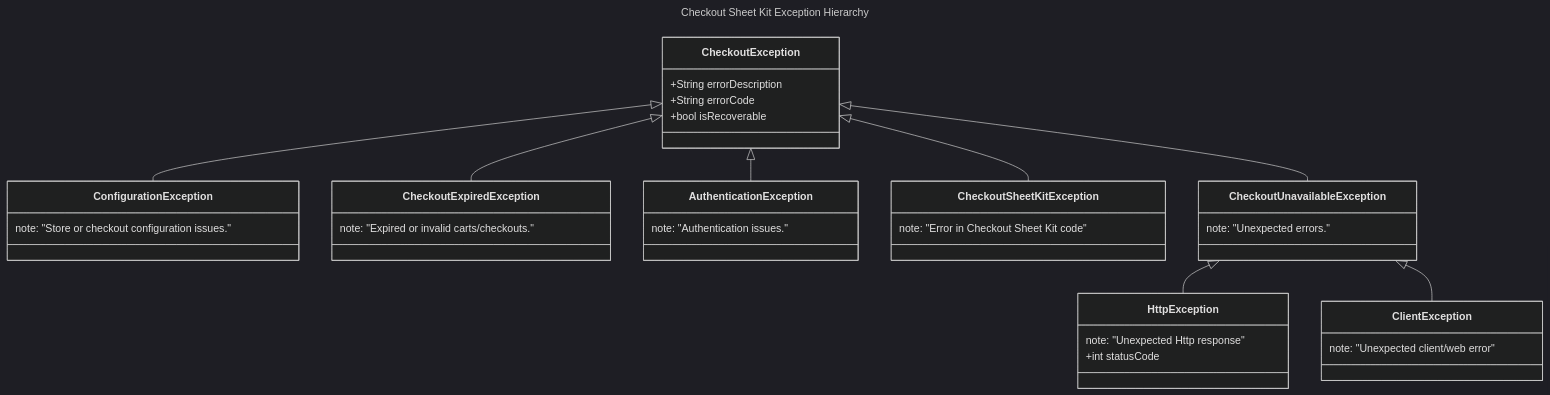
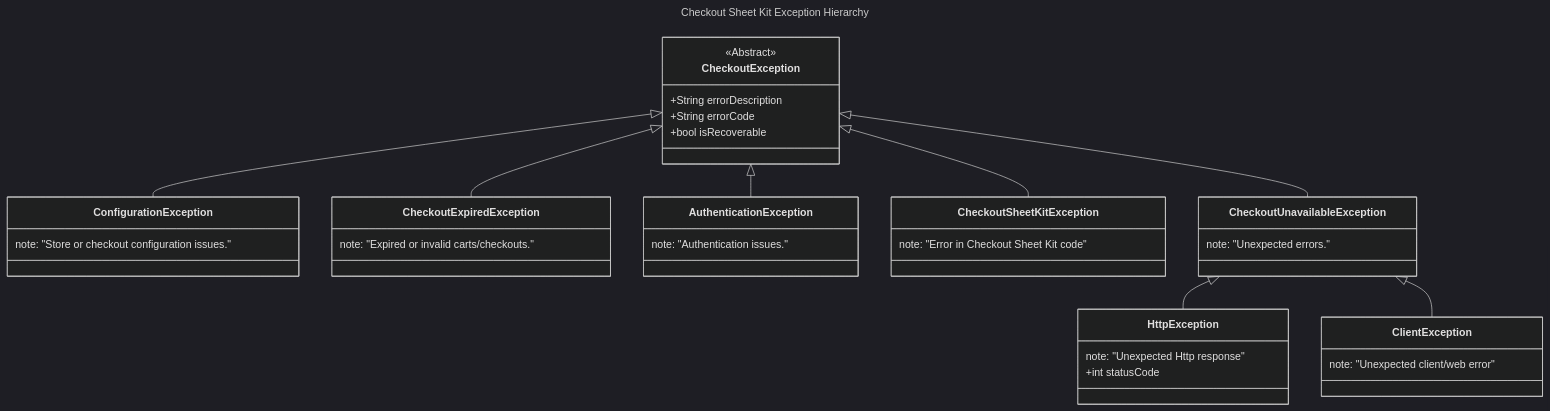
Before and after one commit to Shopify/checkout-sheet-kit-android: the diagram in README.md, drawn with Mermaid (dark theme).

Commit message:
mark checkout exception as abstract

````diff
--- a/README.md
+++ b/README.md
@@ -262,40 +262,41 @@
 ```mermaid
 ---
 title: Checkout Sheet Kit Exception Hierarchy
 ---
 classDiagram
     CheckoutException <|-- ConfigurationException
     CheckoutException <|-- CheckoutExpiredException
     CheckoutException <|-- AuthenticationException
     CheckoutException <|-- CheckoutSheetKitException
     CheckoutException <|-- CheckoutUnavailableException
     CheckoutUnavailableException <|-- HttpException
     CheckoutUnavailableException <|-- ClientException
 
+    <<Abstract>> CheckoutException
     CheckoutException : +String errorDescription
     CheckoutException : +String errorCode
     CheckoutException : +bool isRecoverable
 
     class ConfigurationException{
         note: "Store or checkout configuration issues."
     }
     class CheckoutExpiredException{
         note: "Expired or invalid carts/checkouts."
     }
     class AuthenticationException{
         note: "Authentication issues."
     }
     class CheckoutUnavailableException{
         note: "Unexpected errors."
     }
     class HttpException{
         note: "Unexpected Http response"
         +int statusCode
     }
     class ClientException{
         note: "Unexpected client/web error"
     }
     class CheckoutSheetKitException{
         note: "Error in Checkout Sheet Kit code"
     }
 ```
````
